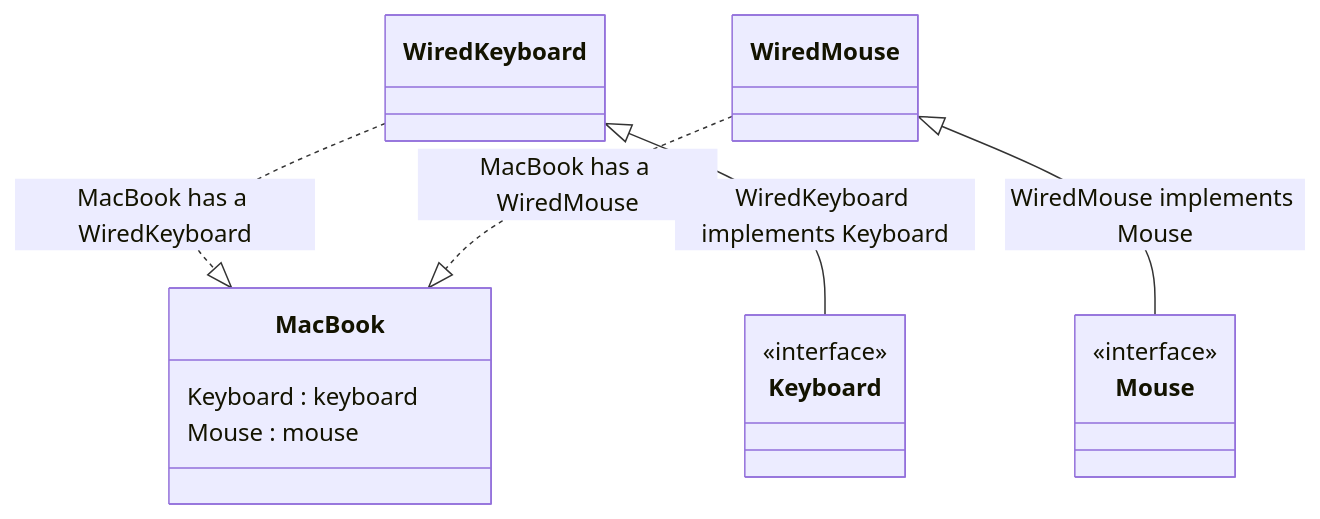
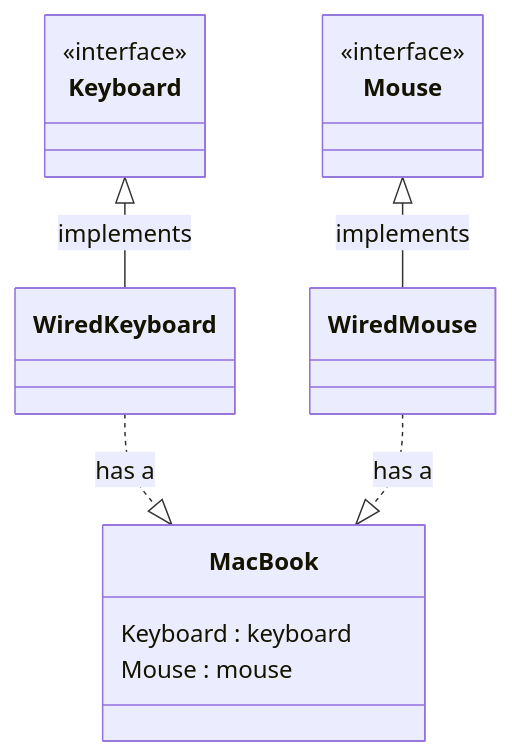
Before and after one commit to heisnam-sunrose/Javascript: the second of 2 diagrams in SOLID Principles/5.DependencyInversionPrinciple.md, drawn with Mermaid.

Commit message:
minor update

````diff
--- a/SOLID Principles/5.DependencyInversionPrinciple.md
+++ b/SOLID Principles/5.DependencyInversionPrinciple.md
@@ -77,25 +77,25 @@
 ```mermaid
 classDiagram
 
-WiredKeyboard ..|> MacBook : MacBook has a WiredKeyboard
-WiredMouse ..|> MacBook : MacBook has a WiredMouse
-WiredKeyboard <|-- Keyboard : WiredKeyboard implements Keyboard
-WiredMouse <|-- Mouse : WiredMouse implements Mouse    
+WiredKeyboard ..|> MacBook : has a
+WiredMouse ..|> MacBook : has a
+Keyboard  <|-- WiredKeyboard: implements
+Mouse <|-- WiredMouse : implements    
 
 
 class Keyboard
  <<interface>> Keyboard
 
 class Mouse
  <<interface>> Mouse
 
 class WiredKeyboard
 
 class WiredMouse
 
 class MacBook {
    Keyboard : keyboard
    Mouse  : mouse
 }
   
 ```
````
